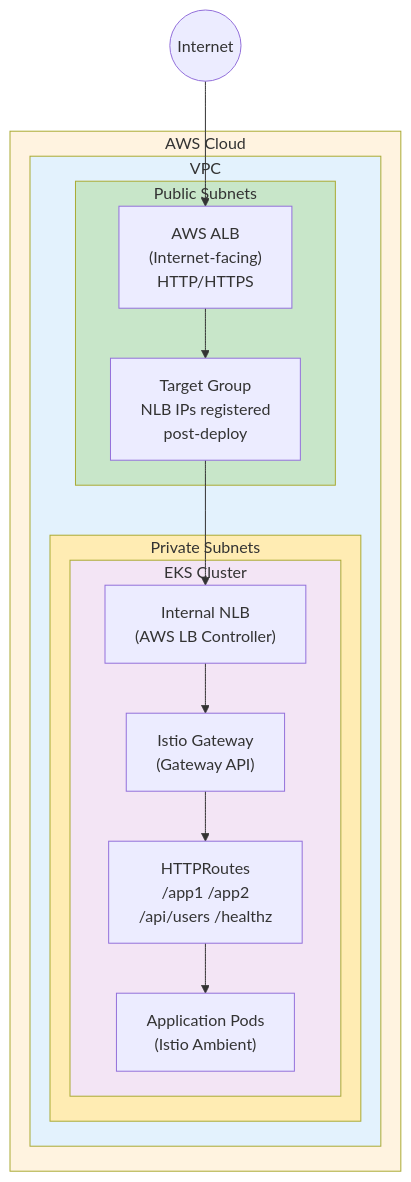
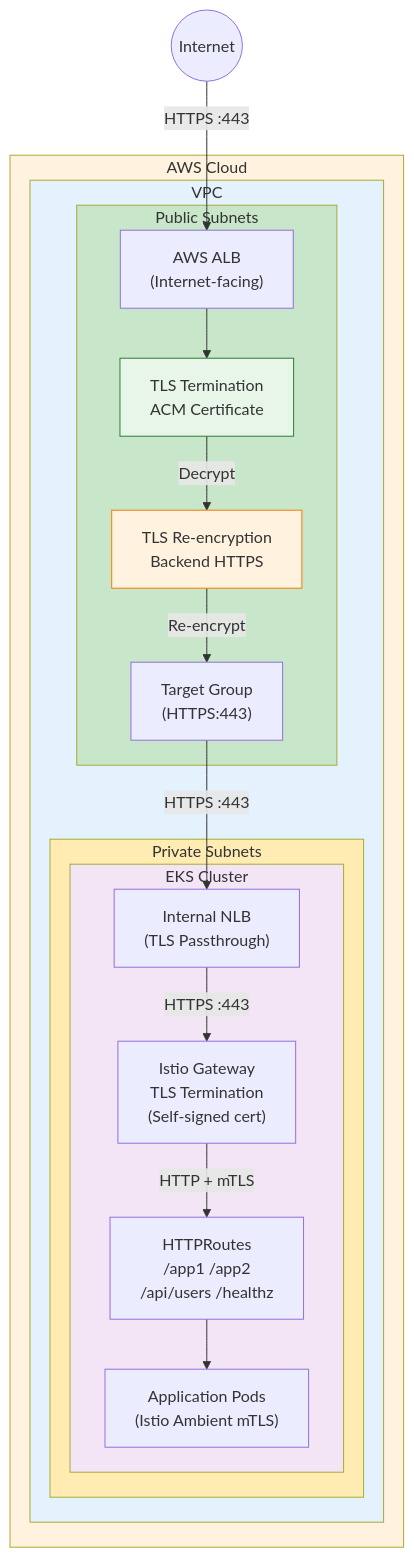
Before and after one commit to shanaka-versent/EKS-Istio-GatewayAPI-Deom: the first of 4 diagrams in README.md, drawn with Mermaid. The commit also changed other lines of this file, not shown here.

Commit message:
docs: Expand Architecture Overview with ALB SSL termination details
Show how ALB terminates TLS and re-encrypts to backend, similar to
Azure App Gateway. Added comparison table and detailed flow explanation.

````diff
--- a/README.md
+++ b/README.md
@@ -14,32 +14,38 @@
 ```mermaid
 flowchart TB
     subgraph AWS["AWS Cloud"]
         subgraph VPC["VPC"]
             subgraph Public["Public Subnets"]
-                ALB["AWS ALB<br/>(Internet-facing)<br/>HTTP/HTTPS"]
-                TG["Target Group<br/>NLB IPs registered<br/>post-deploy"]
+                ALB["AWS ALB<br/>(Internet-facing)"]
+                TLS1["TLS Termination<br/>ACM Certificate"]
+                TLS2["TLS Re-encryption<br/>Backend HTTPS"]
+                TG["Target Group<br/>(HTTPS:443)"]
             end
             subgraph Private["Private Subnets"]
                 subgraph EKS["EKS Cluster"]
-                    NLB["Internal NLB<br/>(AWS LB Controller)"]
-                    GW["Istio Gateway<br/>(Gateway API)"]
+                    NLB["Internal NLB<br/>(TLS Passthrough)"]
+                    GW["Istio Gateway<br/>TLS Termination<br/>(Self-signed cert)"]
                     HR["HTTPRoutes<br/>/app1 /app2<br/>/api/users /healthz"]
-                    Apps["Application Pods<br/>(Istio Ambient)"]
+                    Apps["Application Pods<br/>(Istio Ambient mTLS)"]
                 end
             end
         end
     end
 
-    Internet((Internet)) --> ALB
-    ALB --> TG
-    TG --> NLB
-    NLB --> GW
-    GW --> HR
+    Internet((Internet)) -->|"HTTPS :443"| ALB
+    ALB --> TLS1
+    TLS1 -->|"Decrypt"| TLS2
+    TLS2 -->|"Re-encrypt"| TG
+    TG -->|"HTTPS :443"| NLB
+    NLB -->|"HTTPS :443"| GW
+    GW -->|"HTTP + mTLS"| HR
     HR --> Apps
 
     style AWS fill:#fff3e0
     style VPC fill:#e3f2fd
     style Public fill:#c8e6c9
     style Private fill:#ffecb3
     style EKS fill:#f3e5f5
+    style TLS1 fill:#e8f5e9,stroke:#2e7d32
+    style TLS2 fill:#fff3e0,stroke:#f57c00
 ```
````
